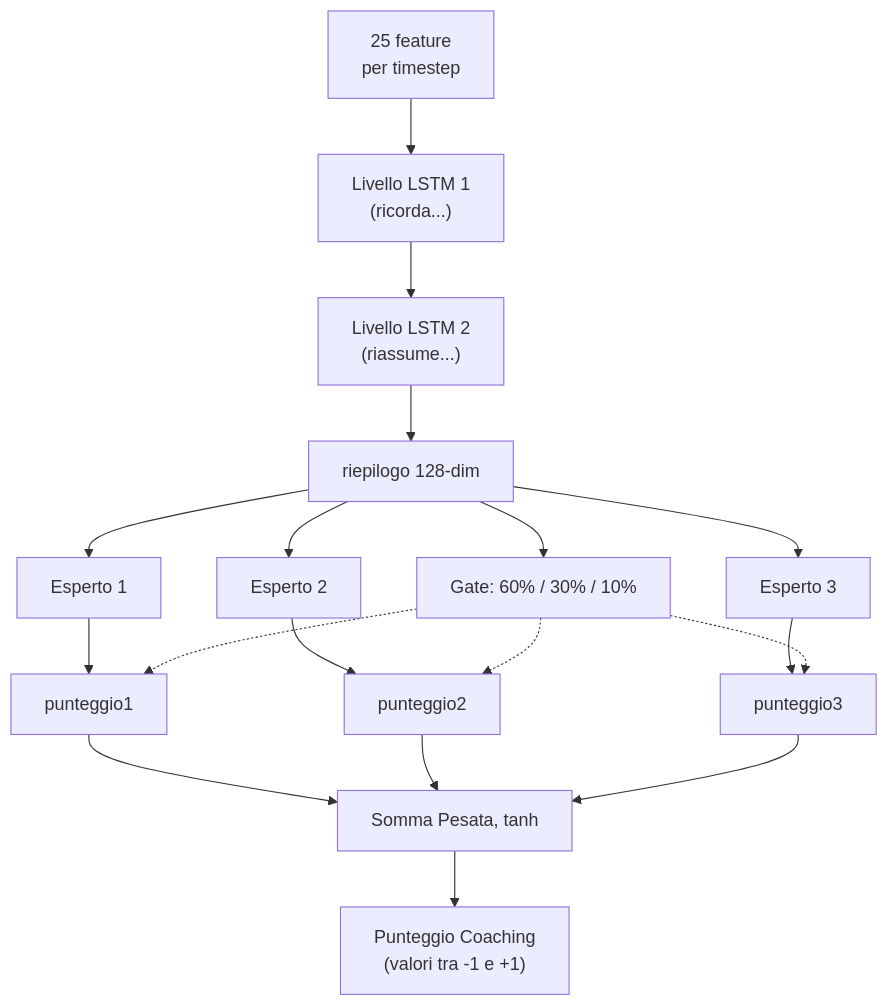
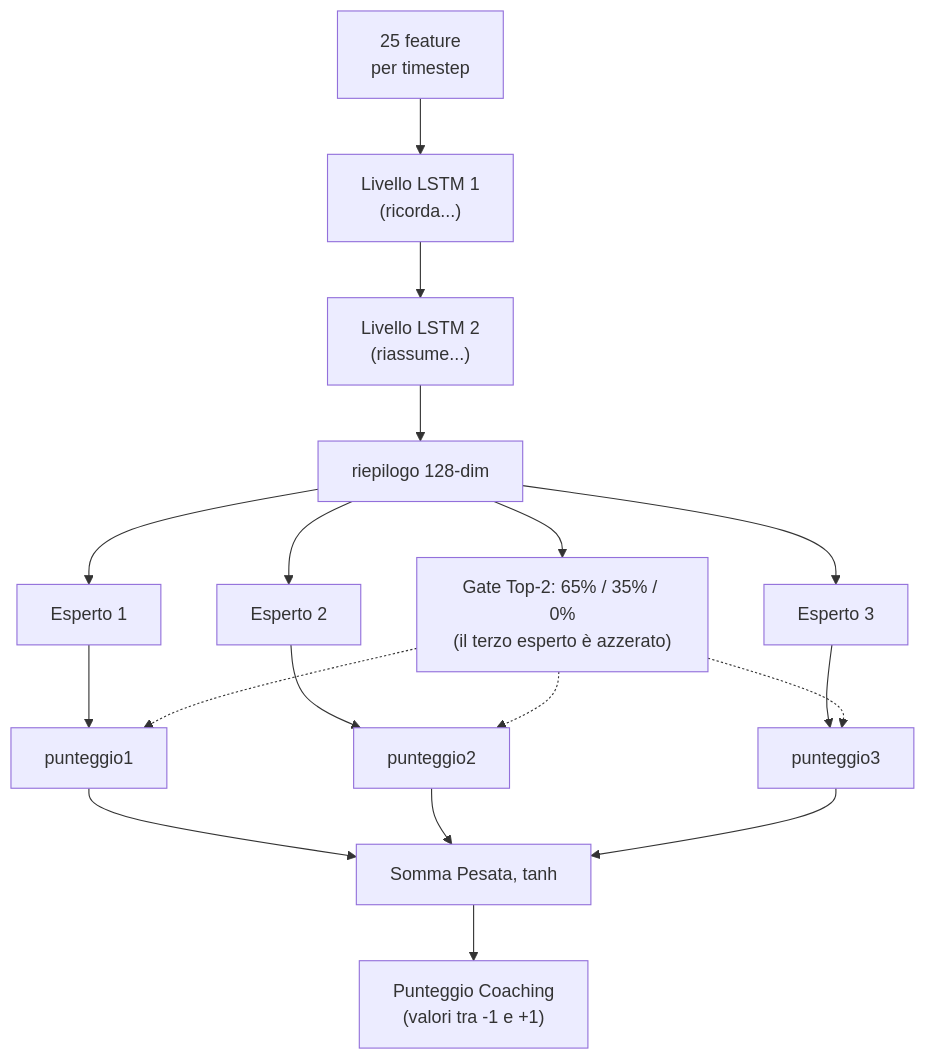
One commit to renanaugustomacena-ux/Counter-Strike-coach-AI changed the sixth of 22 diagrams in docs/books/Book-Coach-1A.md. Above: the diagram before and after it, drawn with Mermaid. The commit also changed other lines of this file and 4 other files, not shown here.

````diff
--- a/docs/books/Book-Coach-1A.md
+++ b/docs/books/Book-Coach-1A.md
@@ -328,20 +328,20 @@
 ```mermaid
 flowchart TB
     IN["25 feature<br/>per timestep"] --> LSTM1["Livello LSTM 1<br/>(ricorda...)"]
     LSTM1 --> LSTM2["Livello LSTM 2<br/>(riassume...)"]
     LSTM2 --> SUM["riepilogo 128-dim"]
     SUM --> E1["Esperto 1"]
     SUM --> E2["Esperto 2"]
     SUM --> E3["Esperto 3"]
     E1 --> S1["punteggio1"]
     E2 --> S2["punteggio2"]
     E3 --> S3["punteggio3"]
-    SUM --> GATE["Gate: 60% / 30% / 10%"]
+    SUM --> GATE["Gate Top-2: 65% / 35% / 0%<br/>(il terzo esperto è azzerato)"]
     GATE -.-> S1
     GATE -.-> S2
     GATE -.-> S3
     S1 --> WS["Somma Pesata, tanh"]
     S2 --> WS
     S3 --> WS
     WS --> OUT["Punteggio Coaching<br/>(valori tra -1 e +1)"]
 ```
````
